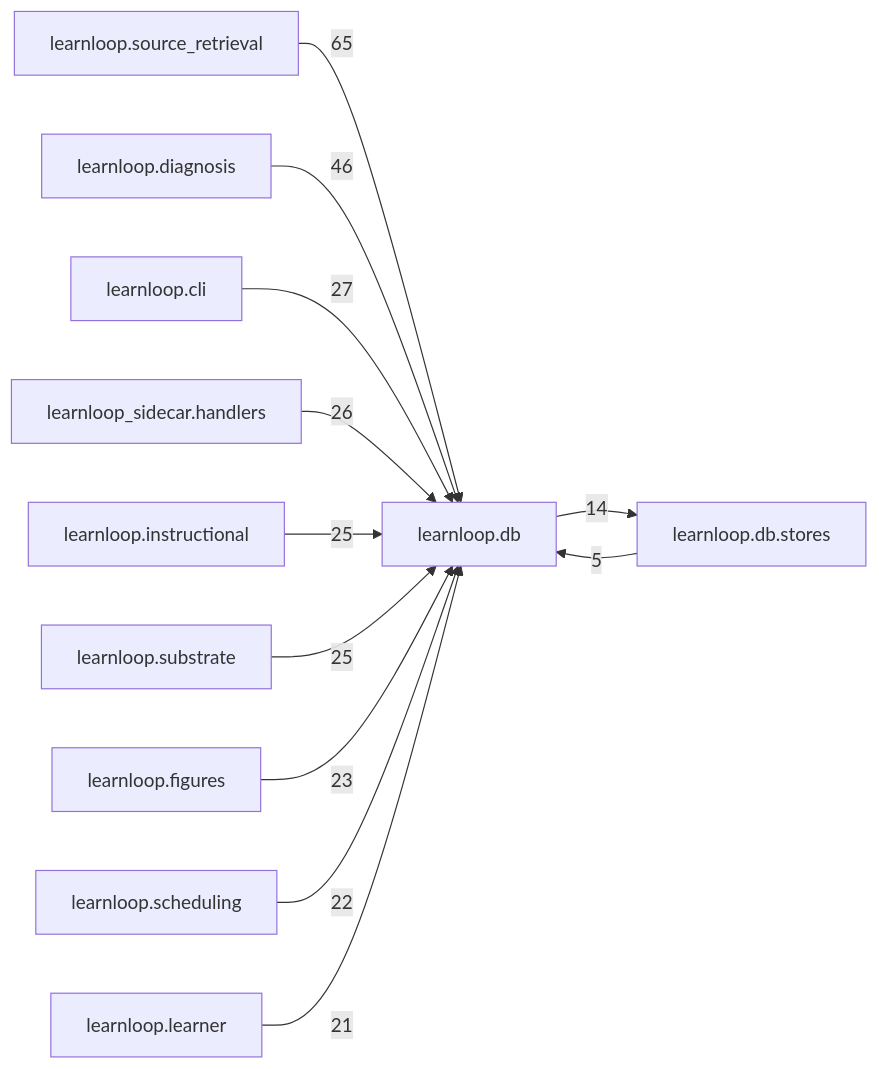
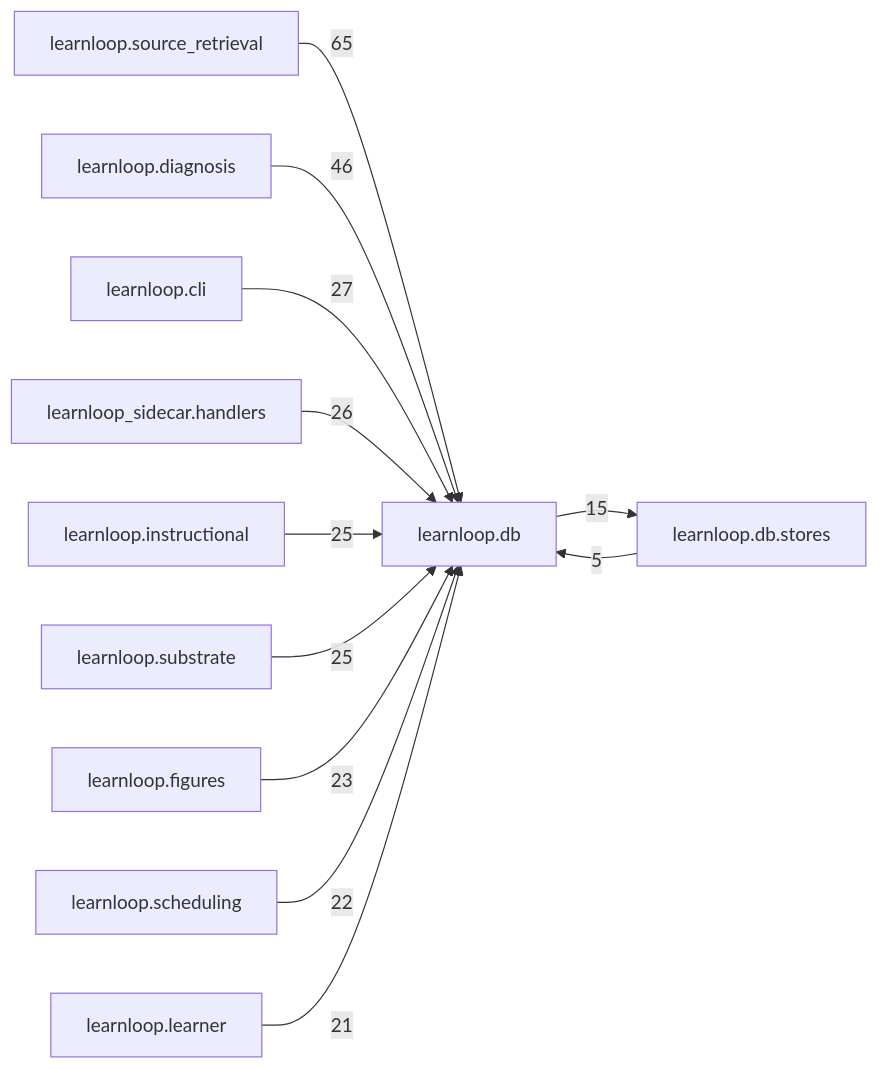
One commit to 6up-b/learnanything changed the diagram in docs/learnloop-architecture-vault/Reference/Modules/learnloop/db/_package.md. Above: the diagram before and after it, drawn with Mermaid. The commit also changed other lines of this file and 42 other files, not shown here.

````diff
--- a/docs/learnloop-architecture-vault/Reference/Modules/learnloop/db/_package.md
+++ b/docs/learnloop-architecture-vault/Reference/Modules/learnloop/db/_package.md
@@ -138,25 +138,25 @@
 ```mermaid
 flowchart LR
     center["learnloop.db"]
     n_learnloop_source_retrieval["learnloop.source_retrieval"]
     n_learnloop_diagnosis["learnloop.diagnosis"]
     n_learnloop_cli["learnloop.cli"]
     n_learnloop_sidecar_handlers["learnloop_sidecar.handlers"]
     n_learnloop_instructional["learnloop.instructional"]
     n_learnloop_substrate["learnloop.substrate"]
     n_learnloop_figures["learnloop.figures"]
     n_learnloop_scheduling["learnloop.scheduling"]
     n_learnloop_learner["learnloop.learner"]
     n_learnloop_db_stores["learnloop.db.stores"]
     n_learnloop_source_retrieval -->|65| center
     n_learnloop_diagnosis -->|46| center
     n_learnloop_cli -->|27| center
     n_learnloop_sidecar_handlers -->|26| center
     n_learnloop_instructional -->|25| center
     n_learnloop_substrate -->|25| center
     n_learnloop_figures -->|23| center
     n_learnloop_scheduling -->|22| center
     n_learnloop_learner -->|21| center
     n_learnloop_db_stores -->|5| center
-    center -->|14| n_learnloop_db_stores
+    center -->|15| n_learnloop_db_stores
 ```
````
